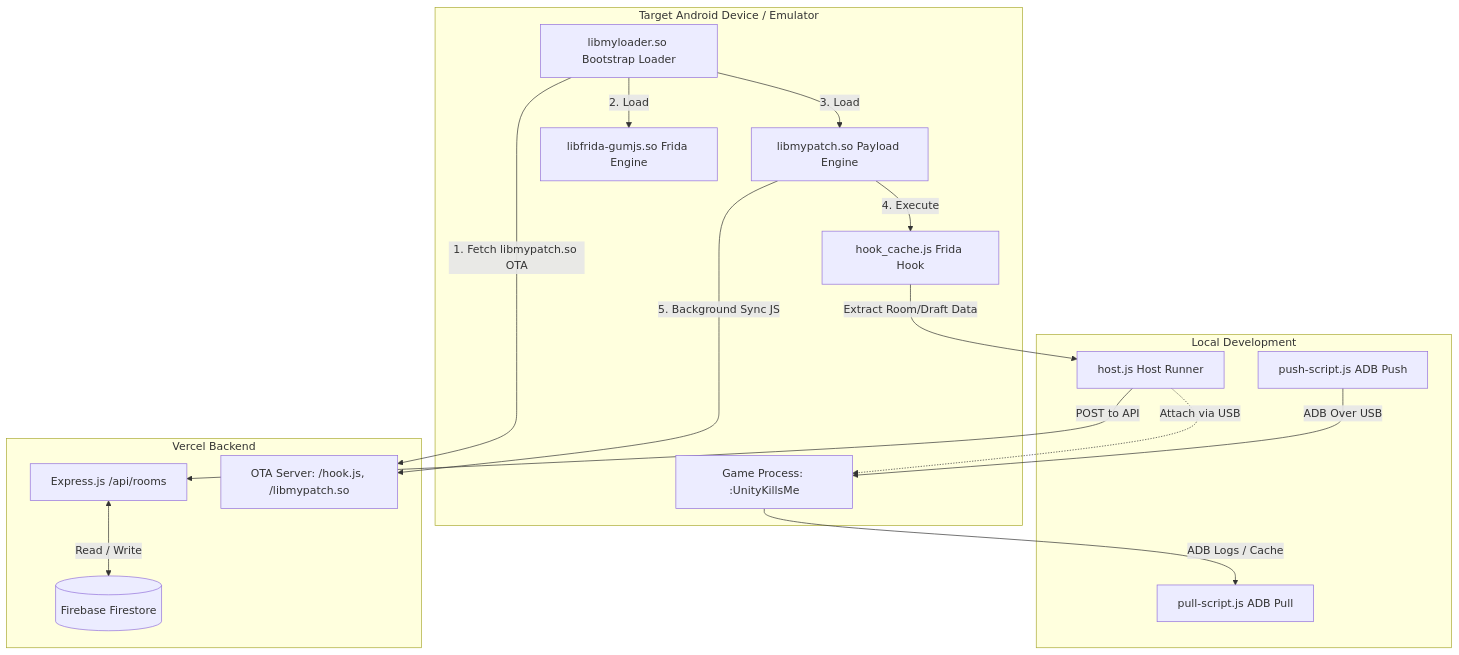
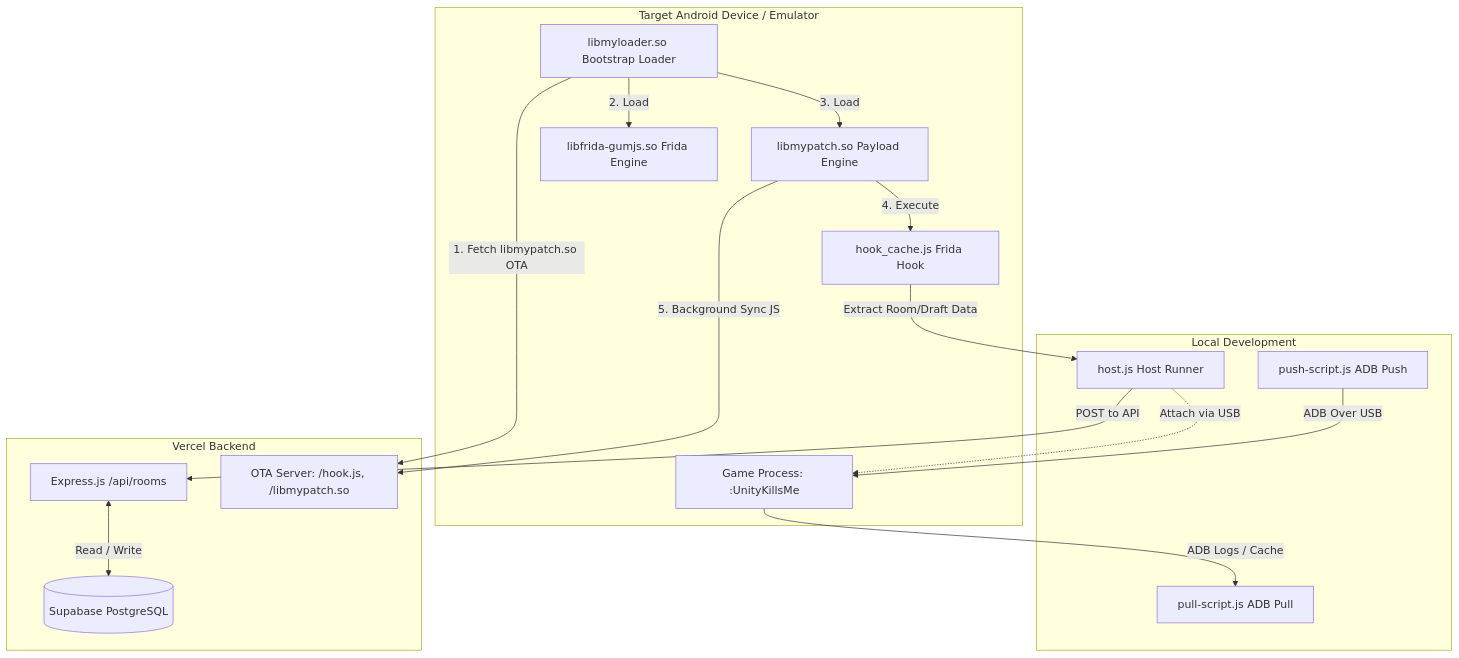
Before and after one commit to FTRHOST/mlbsv4: the diagram in DEVELOPMENT.md, drawn with Mermaid. The commit also changed other lines of this file and 4 other files, not shown here.

````diff
--- a/DEVELOPMENT.md
+++ b/DEVELOPMENT.md
@@ -16,37 +16,37 @@
 ```mermaid
 graph TD
     subgraph Local Development
         Host[host.js Host Runner]
         Push[push-script.js ADB Push]
         Pull[pull-script.js ADB Pull]
     end
 
     subgraph Vercel Backend
         API[Express.js /api/rooms]
-        FS[(Firebase Firestore)]
+        DB[(Supabase PostgreSQL)]
         Public[OTA Server: /hook.js, /libmypatch.so]
     end
 
     subgraph Target Android Device / Emulator
         App[Game Process: :UnityKillsMe]
         Loader[libmyloader.so Bootstrap Loader]
         Payload[libmypatch.so Payload Engine]
         FridaG[libfrida-gumjs.so Frida Engine]
         JSHook[hook_cache.js Frida Hook]
     end
 
     %% Flow lines
     Host -.->|Attach via USB| App
     Push -->|ADB Over USB| App
     App -->|ADB Logs / Cache| Pull
     
-    API <-->|Read / Write| FS
+    API <-->|Read / Write| DB
     Loader -->|1. Fetch libmypatch.so OTA| Public
     Loader -->|2. Load| FridaG
     Loader -->|3. Load| Payload
     Payload -->|4. Execute| JSHook
     Payload -->|5. Background Sync JS| Public
     
     JSHook -->|Extract Room/Draft Data| Host
     Host -->|POST to API| API
 ```
````
